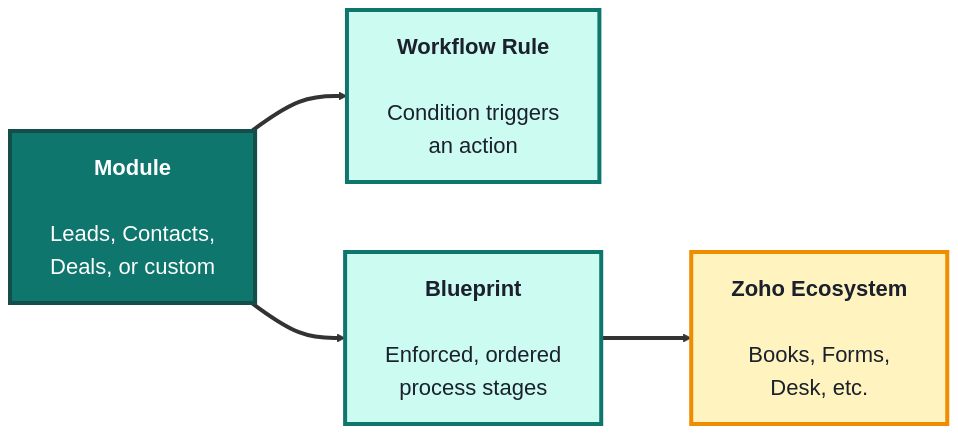
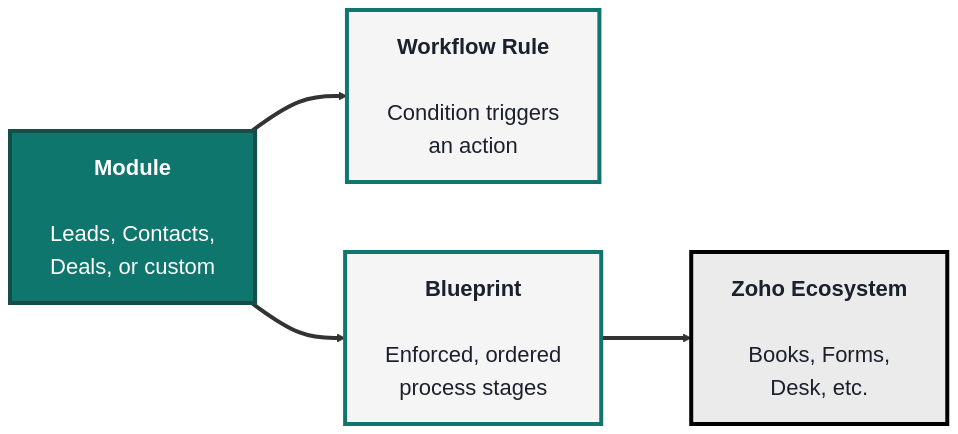
Before and after one commit to SHEMODELTECH/shemodeltech: the third of 3 diagrams in src/Pages/courses/TechArchs/crm-platforms-module.md, drawn with Mermaid. The commit also changed other lines of this file and 46 other files, not shown here.

````diff
--- a/src/Pages/courses/TechArchs/crm-platforms-module.md
+++ b/src/Pages/courses/TechArchs/crm-platforms-module.md
@@ -138,18 +138,18 @@
 ```mermaid
 %%{init: {'theme':'base', 'themeVariables': {'fontSize':'22px', 'primaryTextColor':'#1a202c', 'primaryBorderColor':'#0f766e', 'lineColor':'#333333'}, 'flowchart': {'nodeSpacing': 70, 'rankSpacing': 90, 'padding': 20}}}%%
 flowchart LR
     M["<b>Module</b><br/><br/>Leads, Contacts,<br/>Deals, or custom"]
     WR["<b>Workflow Rule</b><br/><br/>Condition triggers<br/>an action"]
     BP["<b>Blueprint</b><br/><br/>Enforced, ordered<br/>process stages"]
     E["<b>Zoho Ecosystem</b><br/><br/>Books, Forms,<br/>Desk, etc."]
 
     M ==> WR
     M ==> BP
     BP ==> E
 
     style M fill:#0f766e,color:#fff,stroke:#134e4a,stroke-width:4px
-    style WR fill:#ccfbf1,color:#1a202c,stroke:#0f766e,stroke-width:4px
-    style BP fill:#ccfbf1,color:#1a202c,stroke:#0f766e,stroke-width:4px
-    style E fill:#fff3bf,color:#1a202c,stroke:#f08c00,stroke-width:4px
+    style WR fill:#F5F5F5,color:#1a202c,stroke:#0f766e,stroke-width:4px
+    style BP fill:#F5F5F5,color:#1a202c,stroke:#0f766e,stroke-width:4px
+    style E fill:#EBEBEB,color:#1a202c,stroke:#000000,stroke-width:4px
     linkStyle default stroke-width:4px,stroke:#333333
 ```
````
